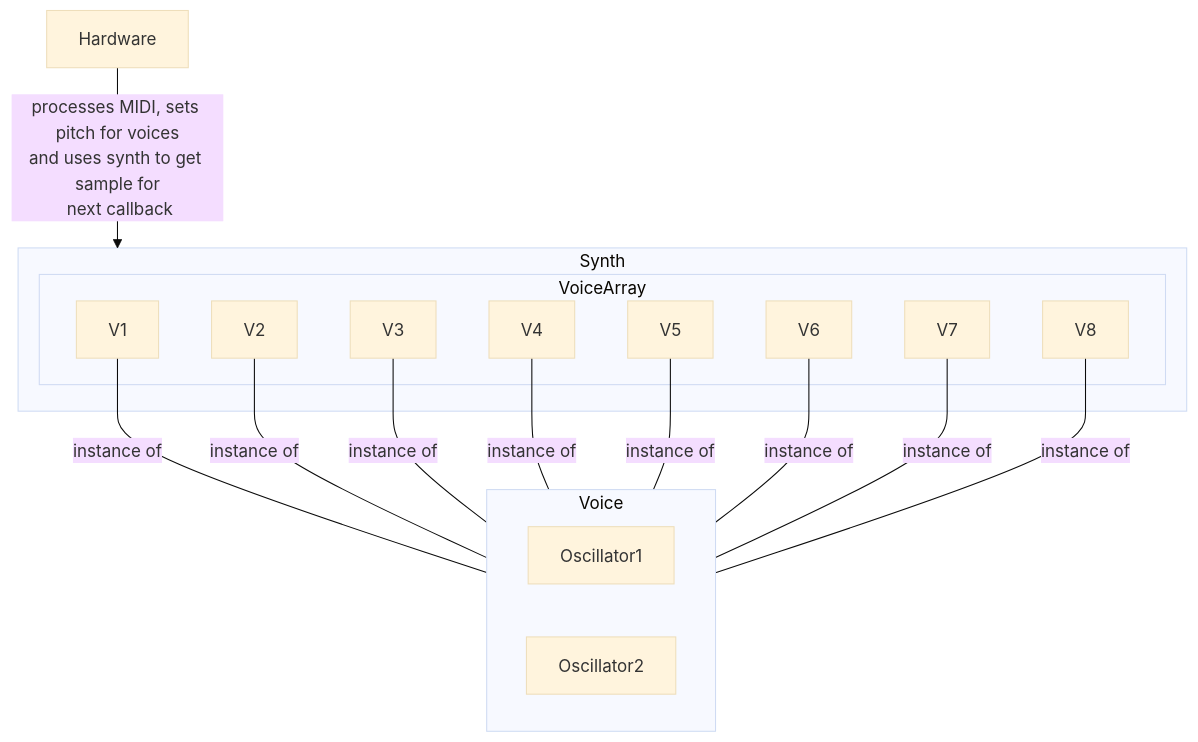
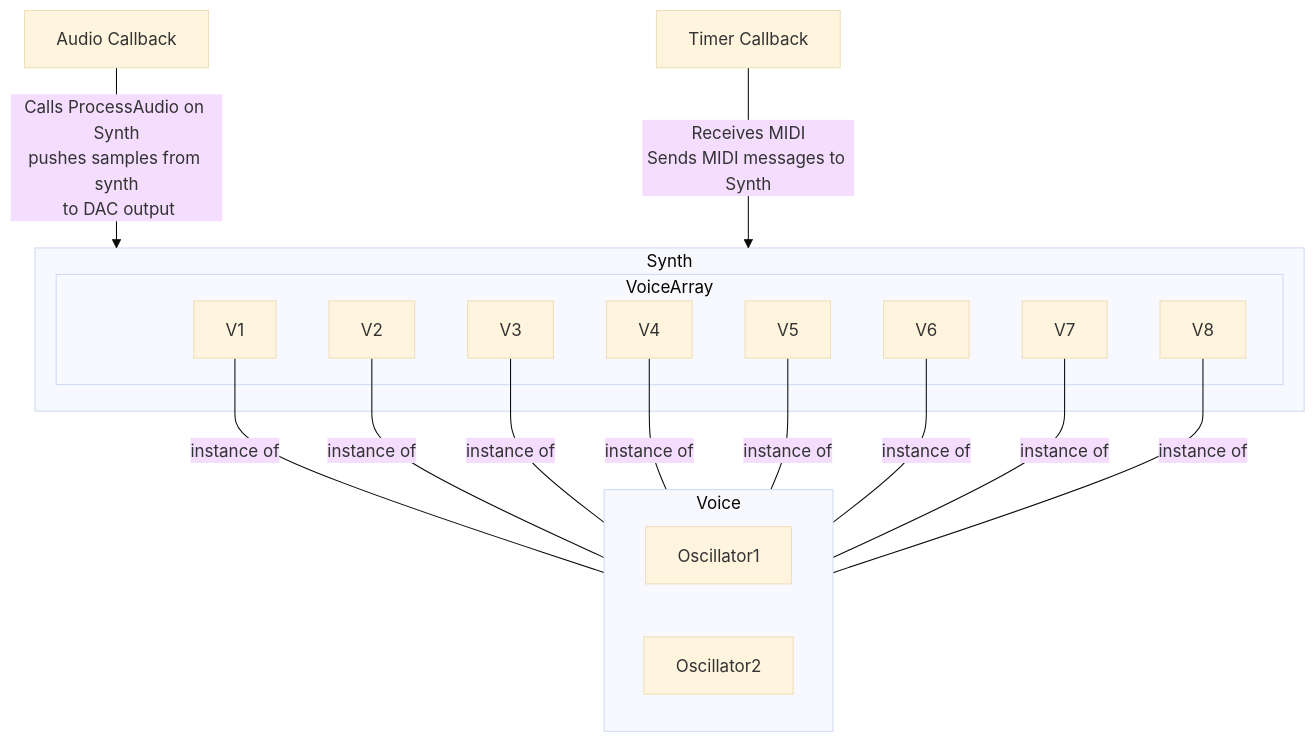
The diagram in docs/graduate_paper/diagrams/voice_graph_diagram.mmd (thealienthing/shiny-octo-train), drawn with Mermaid (base theme) before and after one commit. The commit also changed 4 other files, not shown here.

```diff
--- a/docs/graduate_paper/diagrams/voice_graph_diagram.mmd
+++ b/docs/graduate_paper/diagrams/voice_graph_diagram.mmd
@@ -1,29 +1,31 @@
 graph TB
-    Hardware --> |processes MIDI, sets pitch for voices<br/>and uses synth to get sample for<br/> next callback| Synth
+    audio[Audio Callback] --> |Calls ProcessAudio on Synth<br/>pushes samples from synth<br/> to DAC output|Synth
+    timer[Timer Callback] --> |Receives MIDI<br/>Sends MIDI messages to Synth| Synth
 
-    subgraph Synth
+    subgraph Synth[Synth]
+        
         subgraph VoiceArray
             V1
             V2
             V3
             V4
             V5
             V6
             V7
             V8
         end
     end
 
     subgraph Voice
         Oscillator1
         Oscillator2
     end
 
     V1 --- |instance of| Voice
     V2 --- |instance of| Voice
     V3 --- |instance of| Voice
     V4 --- |instance of| Voice
     V5 --- |instance of| Voice
     V6 --- |instance of| Voice
     V7 --- |instance of| Voice
     V8 --- |instance of| Voice
```
